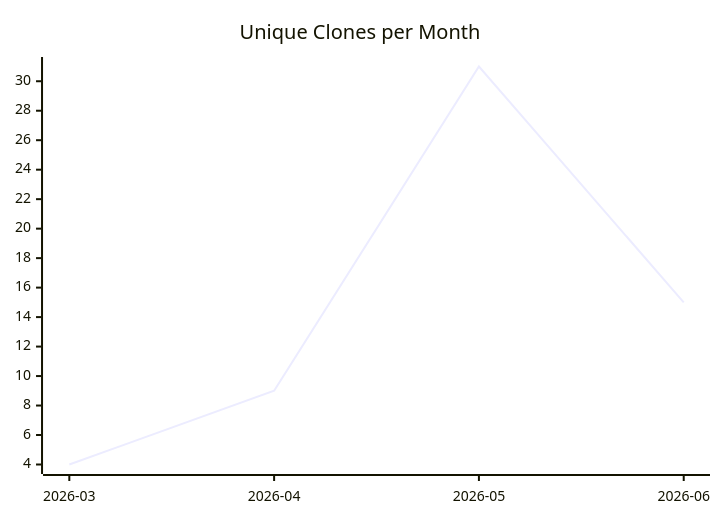
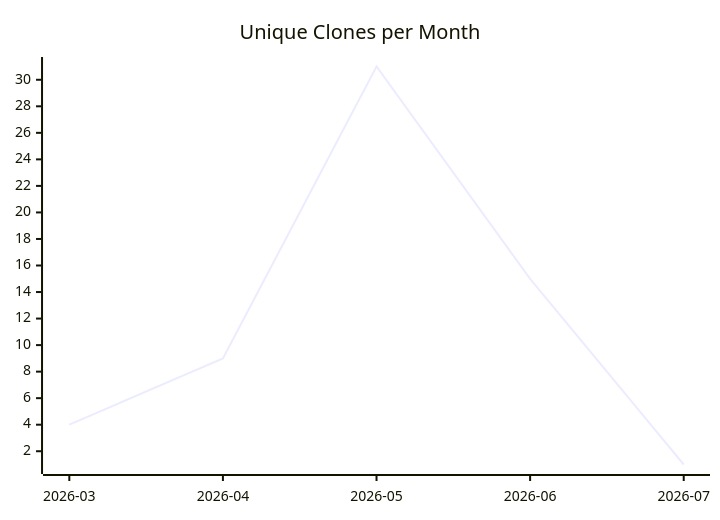
The third of 3 diagrams in karlmdavis/ansible-role-rcm-dotfiles/README.md (justdavis-family/github-analytics-data), drawn with Mermaid before and after one commit. The commit also changed other lines of this file and 199 other files, not shown here.

````diff
--- a/karlmdavis/ansible-role-rcm-dotfiles/README.md
+++ b/karlmdavis/ansible-role-rcm-dotfiles/README.md
@@ -19,6 +19,6 @@
 ```mermaid
 xychart-beta
   title "Unique Clones per Month"
-  x-axis ["2026-03", "2026-04", "2026-05", "2026-06"]
-  line [4, 9, 31, 15]
+  x-axis ["2026-03", "2026-04", "2026-05", "2026-06", "2026-07"]
+  line [4, 9, 31, 15, 1]
 ```
````
